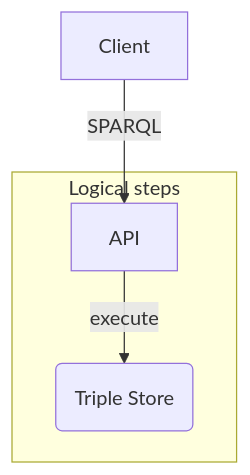
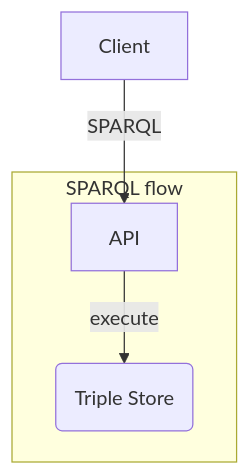
One commit to federatedplatforms/FEDeRATED-BDI changed the second of 4 diagrams in README.md. Above: the diagram before and after it, drawn with Mermaid. The commit also changed other lines of this file, not shown here.

````diff
--- a/README.md
+++ b/README.md
@@ -31,9 +33,9 @@
 ```mermaid
 flowchart TD 
  
      Client -- "SPARQL" --> API
      
-     subgraph node[Logical steps]
+     subgraph node[SPARQL flow]
         API -- execute --> Triple(Triple Store)
     end
 ```
````
